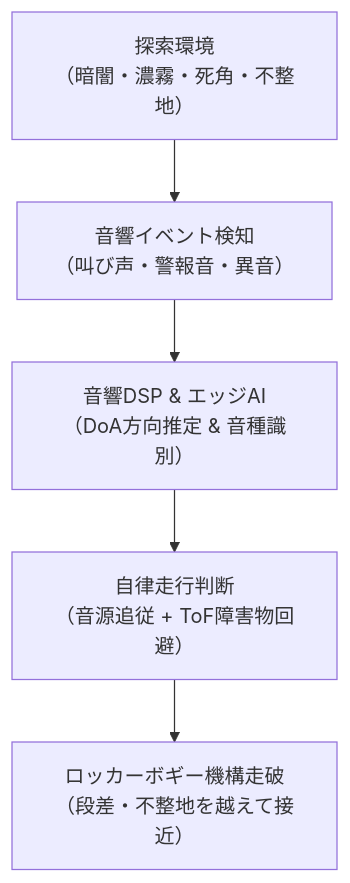
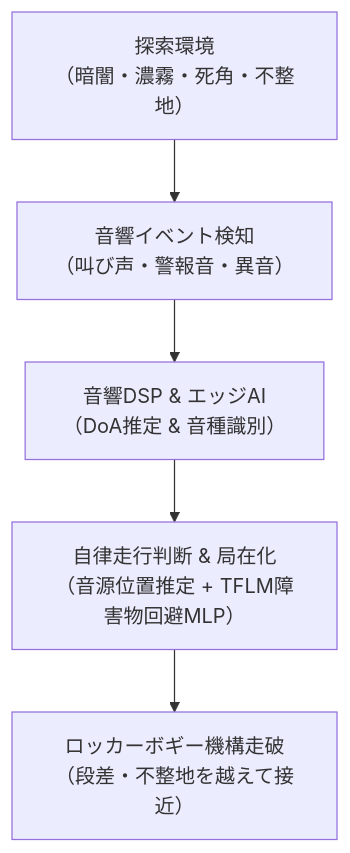
One commit to horned128/sound-exploration-rover changed the diagram in docs/textbook/01_introduction_and_overview.md. Above: the diagram before and after it, drawn with Mermaid. The commit also changed other lines of this file and 20 other files, not shown here.

````diff
--- a/docs/textbook/01_introduction_and_overview.md
+++ b/docs/textbook/01_introduction_and_overview.md
@@ -25,7 +26,7 @@
 ```mermaid
 flowchart TD
     A["探索環境<br/>（暗闇・濃霧・死角・不整地）"] --> B["音響イベント検知<br/>（叫び声・警報音・異音）"]
-    B --> C["音響DSP & エッジAI<br/>（DoA方向推定 & 音種識別）"]
-    C --> D["自律走行判断<br/>（音源追従 + ToF障害物回避）"]
+    B --> C["音響DSP & エッジAI<br/>（DoA推定 & 音種識別）"]
+    C --> D["自律走行判断 & 局在化<br/>（音源位置推定 + TFLM障害物回避MLP）"]
     D --> E["ロッカーボギー機構走破<br/>（段差・不整地を越えて接近）"]
 ```
````
